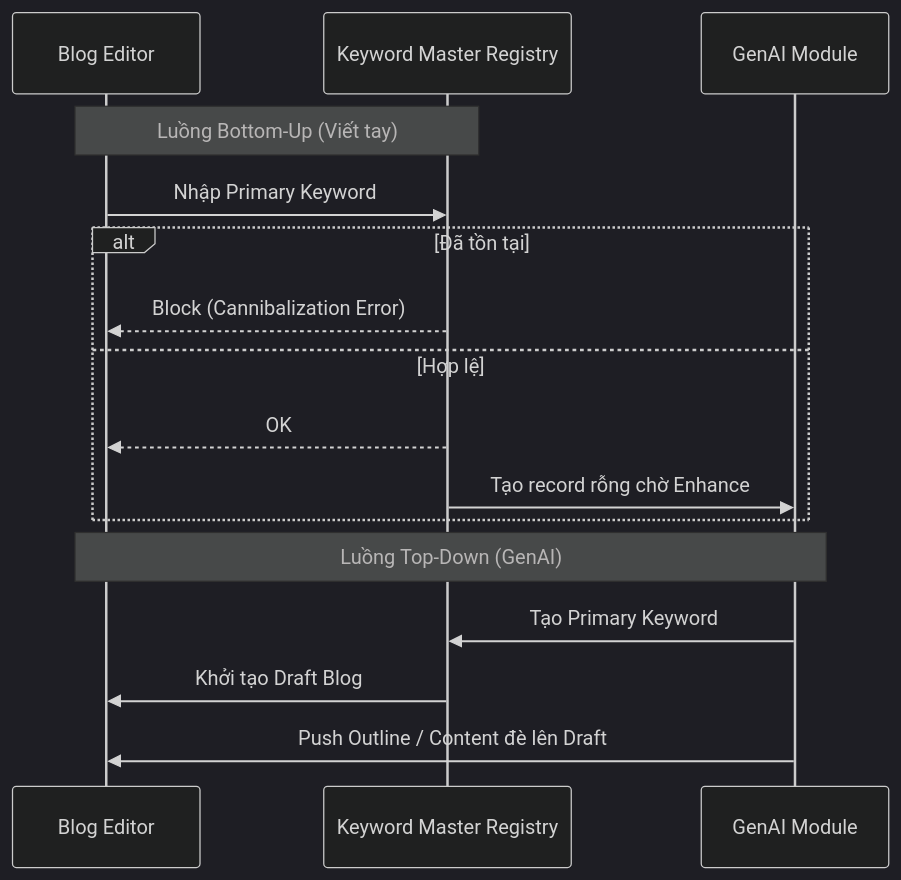
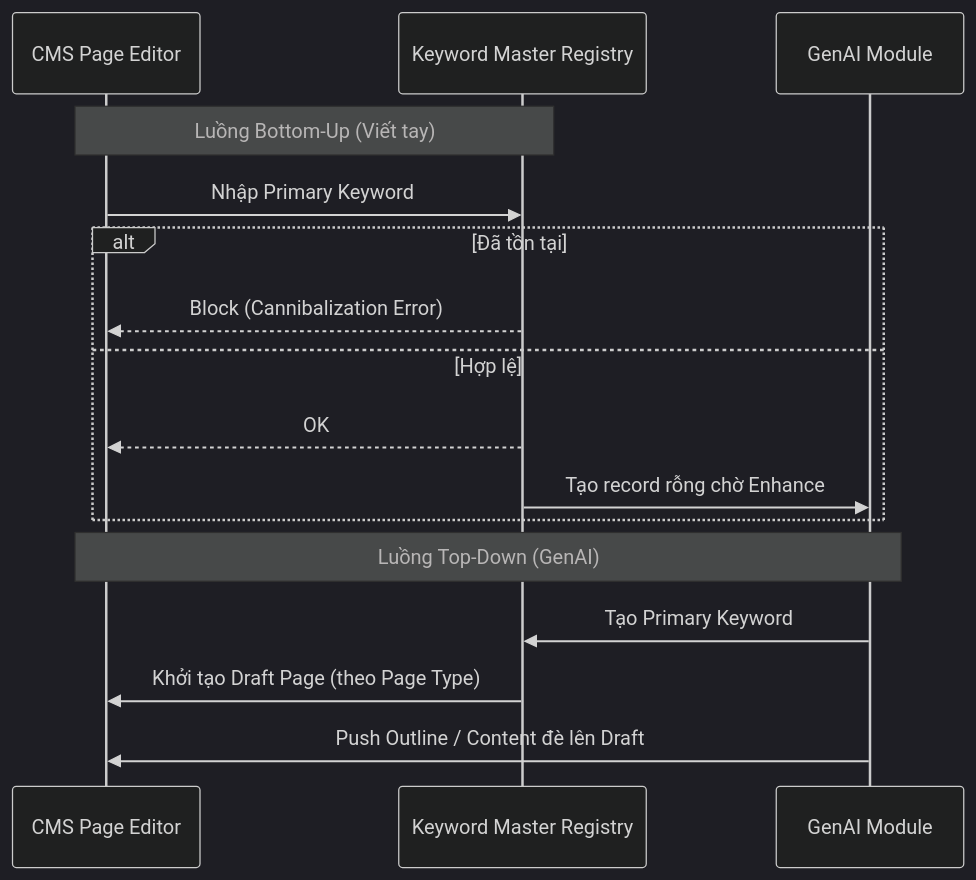
Before and after one commit to vanhien26/hienho-knowledgebase: the second of 2 diagrams in 04_MOSPARK_PLATFORM/mospark_genai_content.md, drawn with Mermaid (dark theme). The commit also changed other lines of this file, not shown here.

````diff
--- a/04_MOSPARK_PLATFORM/mospark_genai_content.md
+++ b/04_MOSPARK_PLATFORM/mospark_genai_content.md
@@ -312,20 +319,20 @@
 ```mermaid
 sequenceDiagram
-    participant Editor as Blog Editor
+    participant Editor as CMS Page Editor
     participant Registry as Keyword Master Registry
     participant GenAI as GenAI Module
 
     Note over Editor,Registry: Luồng Bottom-Up (Viết tay)
     Editor->>Registry: Nhập Primary Keyword
     alt Đã tồn tại
         Registry-->>Editor: Block (Cannibalization Error)
     else Hợp lệ
         Registry-->>Editor: OK
         Registry->>GenAI: Tạo record rỗng chờ Enhance
     end
     
     Note over GenAI,Editor: Luồng Top-Down (GenAI)
     GenAI->>Registry: Tạo Primary Keyword
-    Registry->>Editor: Khởi tạo Draft Blog
+    Registry->>Editor: Khởi tạo Draft Page (theo Page Type)
     GenAI->>Editor: Push Outline / Content đè lên Draft
 ```
````
